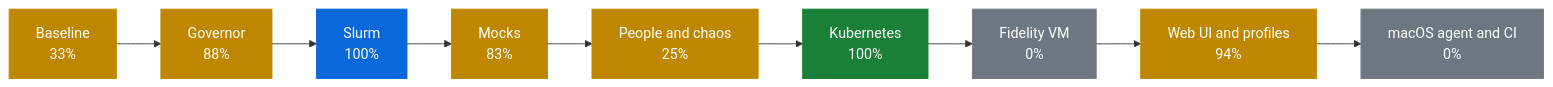
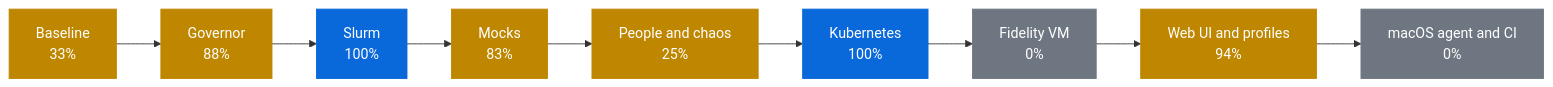
The first of 2 diagrams in docs/PROGRESS.md (AhmedYousriSobhi/workbench), drawn with Mermaid before and after one commit. The commit also changed other lines of this file and 11 other files, not shown here.

````diff
--- a/docs/PROGRESS.md
+++ b/docs/PROGRESS.md
@@ -10,17 +10,17 @@
 ```mermaid
 flowchart LR
     p0["Baseline<br/>33%"]:::partial
     p1["Governor<br/>88%"]:::partial
     p2["Slurm<br/>100%"]:::review
     p3["Mocks<br/>83%"]:::partial
     p4["People and chaos<br/>25%"]:::partial
-    p5["Kubernetes<br/>100%"]:::done
+    p5["Kubernetes<br/>100%"]:::review
     p6["Fidelity VM<br/>0%"]:::todo
     p7["Web UI and profiles<br/>94%"]:::partial
     p8["macOS agent and CI<br/>0%"]:::todo
     p0 --> p1 --> p2 --> p3 --> p4 --> p5 --> p6 --> p7 --> p8
     classDef done fill:#1a7f37,stroke:#1a7f37,color:#fff
     classDef review fill:#0969da,stroke:#0969da,color:#fff
     classDef partial fill:#bf8700,stroke:#bf8700,color:#fff
     classDef todo fill:#6e7781,stroke:#6e7781,color:#fff
 ```
````
